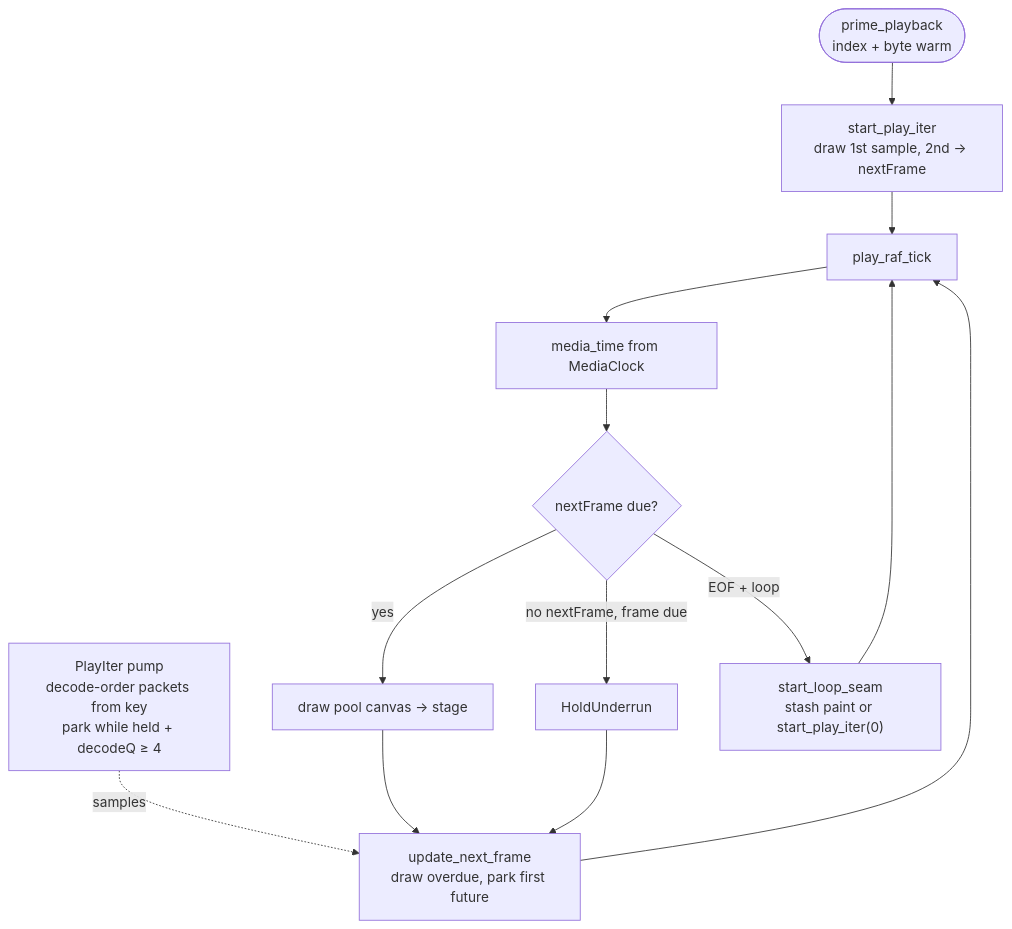
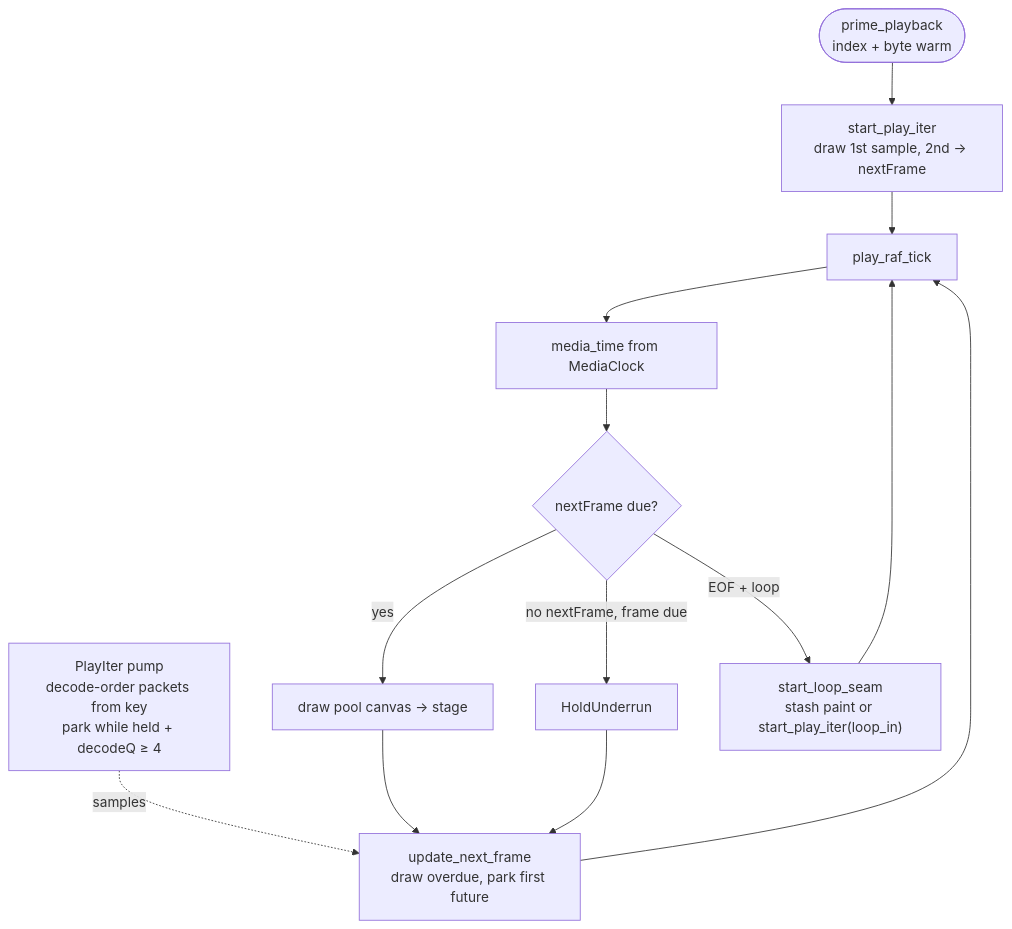
One commit to alexantoshuk/fpmedia-web changed the second of 4 diagrams in .ai/architecture.md. Above: the diagram before and after it, drawn with Mermaid. The commit also changed other lines of this file and 21 other files, not shown here.

````diff
--- a/.ai/architecture.md
+++ b/.ai/architecture.md
@@ -210,15 +210,15 @@
 ```mermaid
 flowchart TD
   PRIME(["prime_playback<br/>index + byte warm"]) --> START["start_play_iter<br/>draw 1st sample, 2nd → nextFrame"]
   START --> RAF["play_raf_tick"]
   PUMP["PlayIter pump<br/>decode-order packets from key<br/>park while held + decodeQ ≥ 4"] -.->|samples| NEXT
   RAF --> MT["media_time from MediaClock"]
   MT --> DUE{"nextFrame due?"}
   DUE -->|yes| DRAW["draw pool canvas → stage"]
   DUE -->|"no nextFrame, frame due"| HOLD["HoldUnderrun"]
   DRAW --> NEXT["update_next_frame<br/>draw overdue, park first future"]
   HOLD --> NEXT
   NEXT --> RAF
-  DUE -->|"EOF + loop"| LOOP["start_loop_seam<br/>stash paint or start_play_iter(0)"]
+  DUE -->|"EOF + loop"| LOOP["start_loop_seam<br/>stash paint or start_play_iter(loop_in)"]
   LOOP --> RAF
 ```
````
